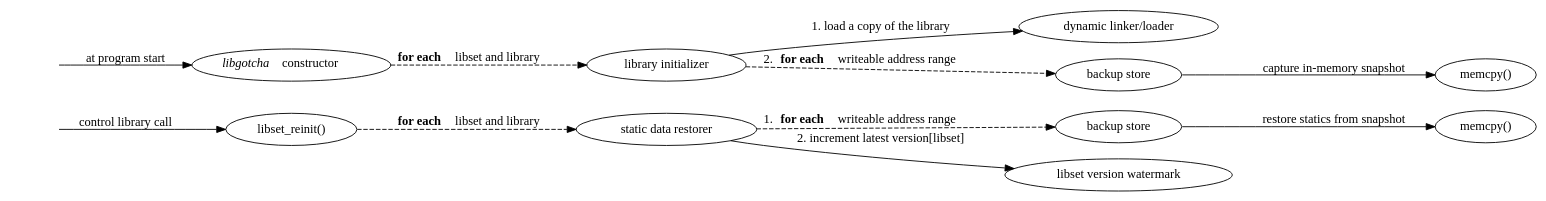
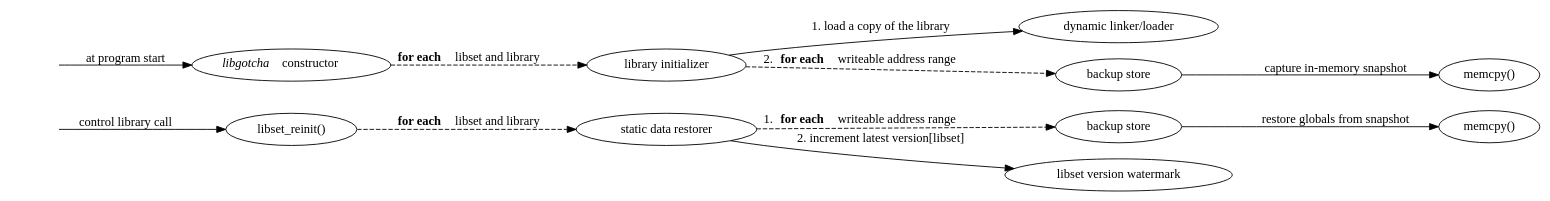
Before and after one commit to solb/thesis: the diagram in figs/reinit.dot, drawn with Graphviz.

Commit message:
figs/reinit.dot: s/statics/globals/

```diff
--- a/figs/reinit.dot
+++ b/figs/reinit.dot
@@ -1,39 +1,39 @@
 strict digraph {
 	rankdir=LR;
 	ranksep=0;
 	node [label=""];
 
 	start [shape=none];
 	renew [shape=none];
 
 	{
 		rank=same;
 		edge [style=invisible, arrowhead=none];
 
 		start -> renew;
 	}
 
 	ctor [label=<<i>libgotcha</i> constructor>];
 	copy [label="library initializer"];
 	rtld [label="dynamic linker/loader"];
 	back [label="backup store"];
 	mcpy [label="memcpy()"];
 
 	start -> ctor [label="at program start"];
 	ctor -> copy [style=dashed, label=<<b>for each</b> libset and library>];
 	copy -> rtld [label="1. load a copy of the library"];
 	copy -> back [style=dashed, label=<2. <b>for each</b> writeable address range>];
 	back -> mcpy [label="capture in-memory snapshot"];
 
 	reinit [label="libset_reinit()"];
 	restore [label="static data restorer"];
 	back2 [label="backup store"];
 	water [label="libset version watermark"]
 	mcpy2 [label="memcpy()"];
 
 	renew -> reinit [label="control library call"];
 	reinit -> restore [style=dashed, label=<<b>for each</b> libset and library>];
 	restore -> back2 [style=dashed, label=<1. <b>for each</b> writeable address range>];
 	restore -> water [label="2. increment latest version[libset]"];
-	back2 -> mcpy2 [label="restore statics from snapshot"];
+	back2 -> mcpy2 [label="restore globals from snapshot"];
 }
```
